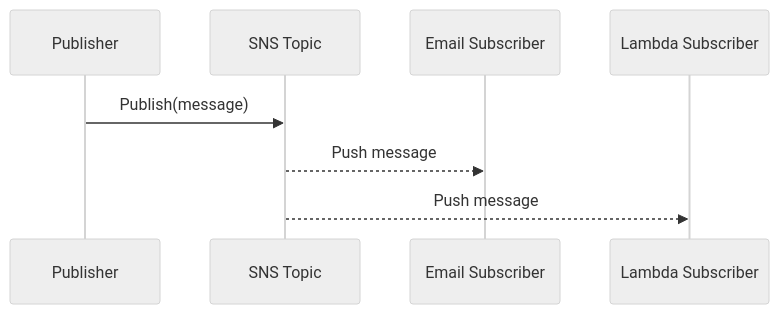
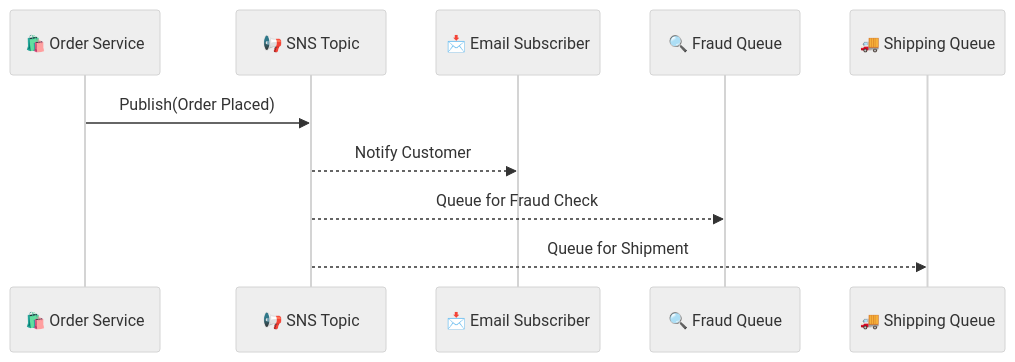
One commit to hadywafa/AwsHub changed the diagram in aws-services/7.application-integration/sns/1.sns.md. Above: the diagram before and after it, drawn with Mermaid (neutral theme). The commit also changed other lines of this file and 6 other files, not shown here.

````diff
--- a/aws-services/7.application-integration/sns/1.sns.md
+++ b/aws-services/7.application-integration/sns/1.sns.md
@@ -43,11 +43,13 @@
 ```mermaid
 sequenceDiagram
-    participant App as Publisher
-    participant Topic as SNS Topic
-    participant Email as Email Subscriber
-    participant Lambda as Lambda Subscriber
+    participant Producer as 🛍️ Order Service
+    participant Topic as 📢 SNS Topic
+    participant Email as 📩 Email Subscriber
+    participant Fraud as 🔍 Fraud Queue
+    participant Shipping as 🚚 Shipping Queue
 
-    App->>Topic: Publish(message)
-    Topic-->>Email: Push message
-    Topic-->>Lambda: Push message
+    Producer->>Topic: Publish(Order Placed)
+    Topic-->>Email: Notify Customer
+    Topic-->>Fraud: Queue for Fraud Check
+    Topic-->>Shipping: Queue for Shipment
 ```
````
